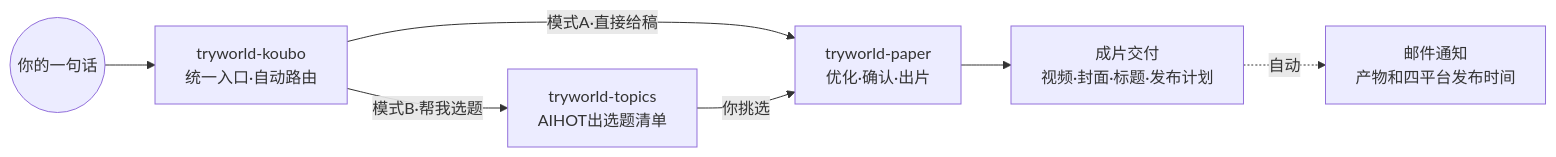
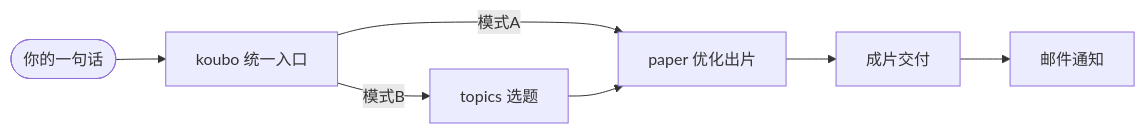
Before and after one commit to TryWorld2026/paper-algorithm: the diagram in README.zh-CN.md, drawn with Mermaid. The commit also changed 1 other file, not shown here.

Commit message:
fix: simplify README Mermaid to minimal GitHub-compatible syntax

````diff
--- a/README.zh-CN.md
+++ b/README.zh-CN.md
@@ -171,9 +171,9 @@
 ```mermaid
 flowchart LR
-    U(("你的一句话")) --> P["tryworld-koubo\n统一入口·自动路由"]
-    P -- "模式A·直接给稿" --> A["tryworld-paper\n优化·确认·出片"]
-    P -- "模式B·帮我选题" --> S["tryworld-topics\nAIHOT出选题清单"]
-    S -- "你挑选" --> A
-    A --> O["成片交付\n视频·封面·标题·发布计划"]
-    O -.->|"自动"| M["邮件通知\n产物和四平台发布时间"]
+    U(["你的一句话"]) --> P["koubo 统一入口"]
+    P -- "模式A" --> A["paper 优化出片"]
+    P -- "模式B" --> S["topics 选题"]
+    S --> A
+    A --> O["成片交付"]
+    O --> M["邮件通知"]
 ```
````
